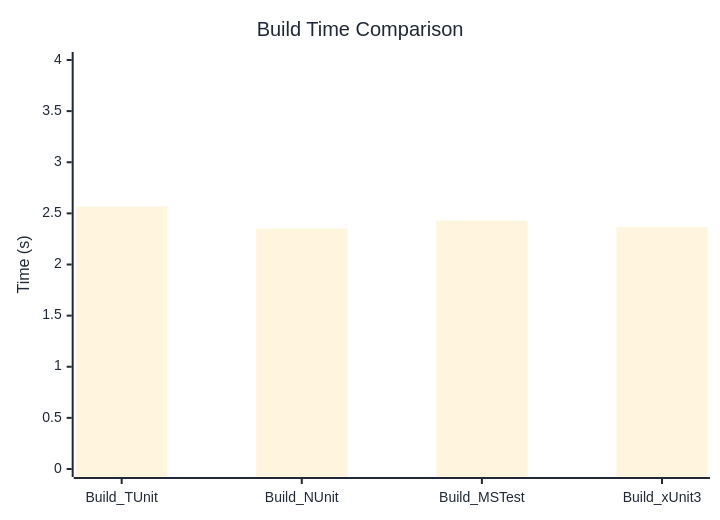
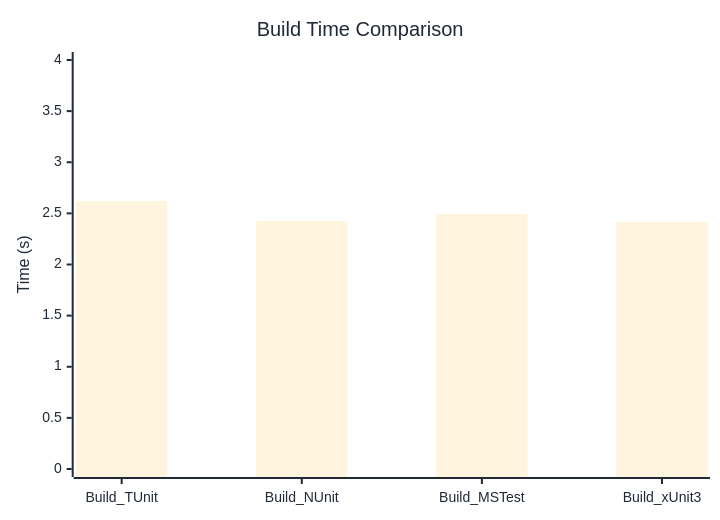
One commit to thomhurst/TUnit changed the diagram in docs/docs/benchmarks/BuildTime.md. Above: the diagram before and after it, drawn with Mermaid. The commit also changed other lines of this file and 17 other files, not shown here.

````diff
--- a/docs/docs/benchmarks/BuildTime.md
+++ b/docs/docs/benchmarks/BuildTime.md
@@ -28,37 +28,37 @@
 ```mermaid
 %%{init: {
   'theme':'base',
   'themeVariables': {
     'primaryColor': '#2563eb',
     'primaryTextColor': '#1f2937',
     'primaryBorderColor': '#1e40af',
     'lineColor': '#6b7280',
     'secondaryColor': '#7c3aed',
     'tertiaryColor': '#dc2626',
     'background': '#ffffff',
     'mainBkg': '#2563eb',
     'secondBkg': '#7c3aed',
     'tertiaryBkg': '#dc2626',
     'clusterBkg': '#f3f4f6',
     'edgeLabelBackground': '#ffffff',
     'tertiaryTextColor': '#1f2937',
     'pie1': '#2563eb',
     'pie2': '#7c3aed',
     'pie3': '#dc2626',
     'pie4': '#f59e0b',
     'pie5': '#10b981',
     'pie6': '#06b6d4',
     'pie7': '#ec4899',
     'pie8': '#6366f1',
     'pie9': '#84cc16',
     'pie10': '#f97316',
     'pie11': '#14b8a6',
     'pie12': '#a855f7'
   }
 }}%%
 xychart-beta
   title "Build Time Comparison"
   x-axis ["Build_TUnit", "Build_NUnit", "Build_MSTest", "Build_xUnit3"]
   y-axis "Time (s)" 0 --> 4
-  bar [2.568, 2.352, 2.429, 2.366]
+  bar [2.62, 2.427, 2.494, 2.417]
 ```
````
